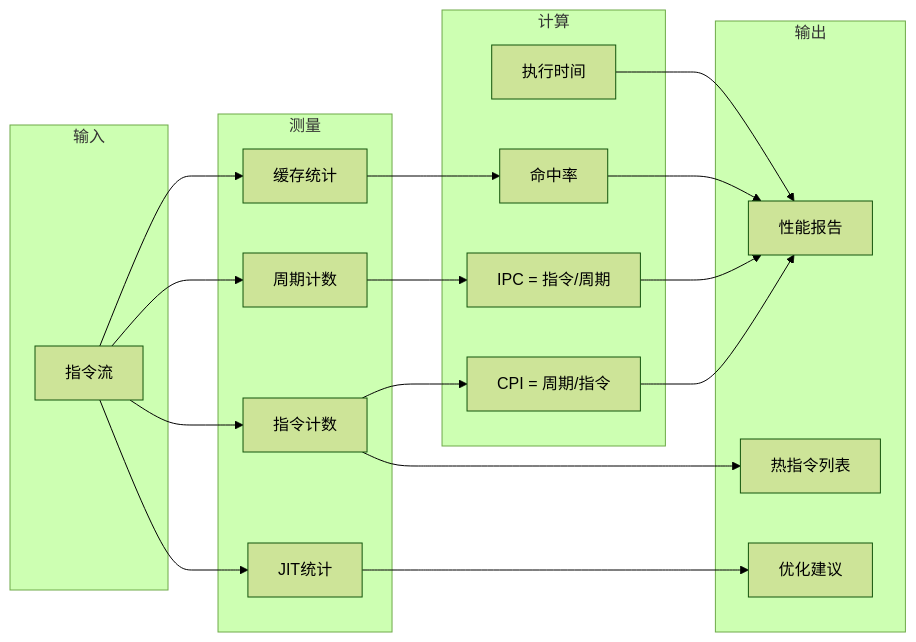
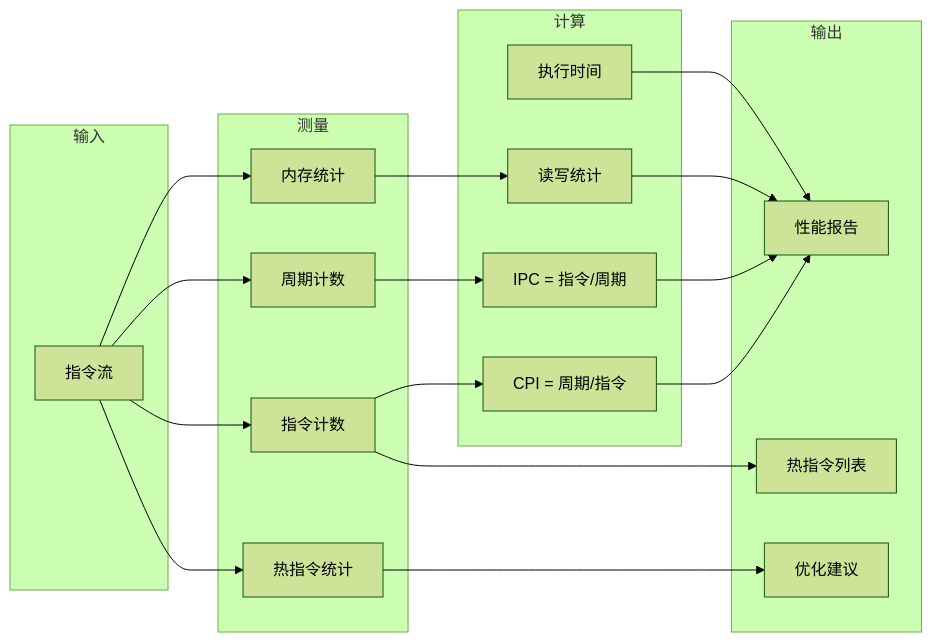
One commit to ByUsiStudio/Code-CIN changed the tenth of 15 diagrams in README.md. Above: the diagram before and after it, drawn with Mermaid (forest theme). The commit also changed other lines of this file and 4 other files, not shown here.

````diff
--- a/README.md
+++ b/README.md
@@ -663,38 +545,38 @@
 ```mermaid
 flowchart LR
     subgraph INPUT[输入]
         I1[指令流]
     end
     
     subgraph MEASURE[测量]
         M1[指令计数]
         M2[周期计数]
-        M3[缓存统计]
-        M4[JIT统计]
+        M3[内存统计]
+        M4[热指令统计]
     end
-    
+
     subgraph CALC[计算]
         C1[CPI = 周期/指令]
         C2[IPC = 指令/周期]
-        C3[命中率]
+        C3[读写统计]
         C4[执行时间]
     end
     
     subgraph OUTPUT[输出]
         O1[性能报告]
         O2[热指令列表]
         O3[优化建议]
     end
     
     I1 --> M1 --> C1
     I1 --> M2 --> C2
     I1 --> M3 --> C3
     I1 --> M4
     
     C1 --> O1
     C2 --> O1
     C3 --> O1
     C4 --> O1
     M1 --> O2
     M4 --> O3
 ```
````
